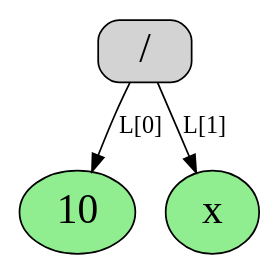
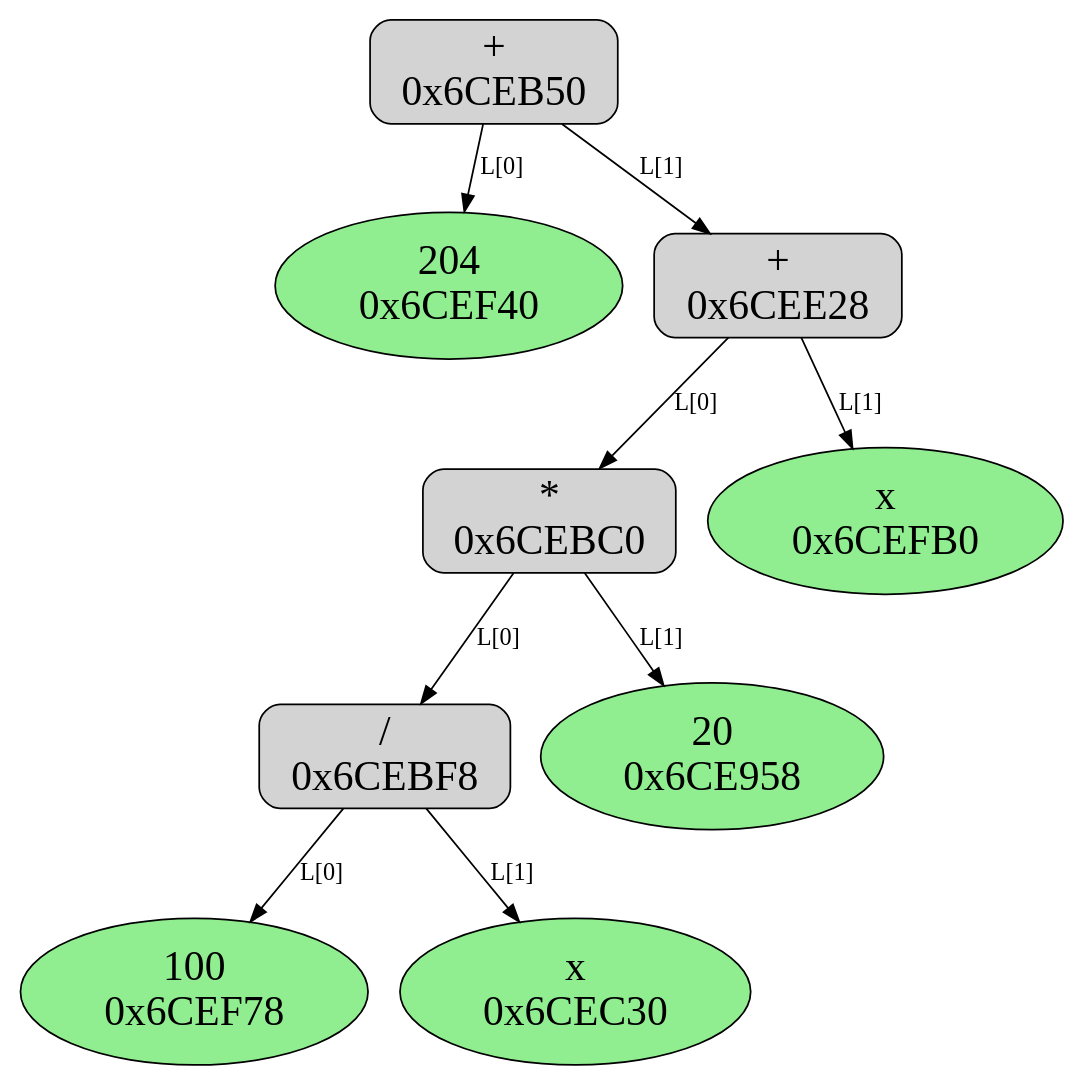
Before and after one commit to Nechda/Techno_track: the diagram in Differentiator/tree.dot, drawn with Graphviz. The commit also changed 7 other files, not shown here.

```diff
--- a/Differentiator/tree.dot
+++ b/Differentiator/tree.dot
@@ -1,9 +1,46 @@
 digraph{
 node [color = "black", fontsize = 24, shape = "box", style = "filled, rounded", fillcolor = "lightgray"]
 edge [color = "black", fontsize = 24]
-"10" [shape = "ellipse", fillcolor = "lightgreen"] 
-"x" [shape = "ellipse", fillcolor = "lightgreen"] 
- "/" 
- "/" ->  "x" [label = "L[1]", fontsize = 14] 
- "/" ->  "10" [label = "L[0]", fontsize = 14] 
+"204
+0x6CEF40" [shape = "ellipse", fillcolor = "lightgreen"] 
+"100
+0x6CEF78" [shape = "ellipse", fillcolor = "lightgreen"] 
+"x
+0x6CEC30" [shape = "ellipse", fillcolor = "lightgreen"] 
+ "/
+0x6CEBF8" 
+ "/
+0x6CEBF8" ->  "x
+0x6CEC30" [label = "L[1]", fontsize = 14] 
+ "/
+0x6CEBF8" ->  "100
+0x6CEF78" [label = "L[0]", fontsize = 14] 
+"20
+0x6CE958" [shape = "ellipse", fillcolor = "lightgreen"] 
+ "*
+0x6CEBC0" 
+ "*
+0x6CEBC0" ->  "20
+0x6CE958" [label = "L[1]", fontsize = 14] 
+ "*
+0x6CEBC0" ->  "/
+0x6CEBF8" [label = "L[0]", fontsize = 14] 
+"x
+0x6CEFB0" [shape = "ellipse", fillcolor = "lightgreen"] 
+ "+
+0x6CEE28" 
+ "+
+0x6CEE28" ->  "x
+0x6CEFB0" [label = "L[1]", fontsize = 14] 
+ "+
+0x6CEE28" ->  "*
+0x6CEBC0" [label = "L[0]", fontsize = 14] 
+ "+
+0x6CEB50" 
+ "+
+0x6CEB50" ->  "+
+0x6CEE28" [label = "L[1]", fontsize = 14] 
+ "+
+0x6CEB50" ->  "204
+0x6CEF40" [label = "L[0]", fontsize = 14] 
 }
```
